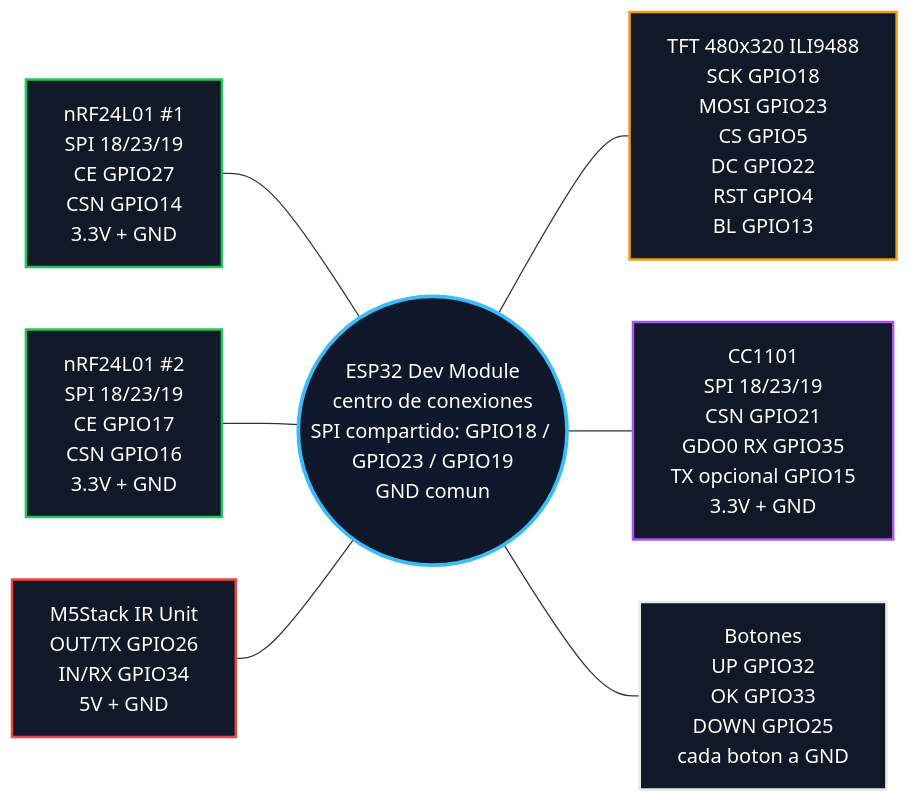
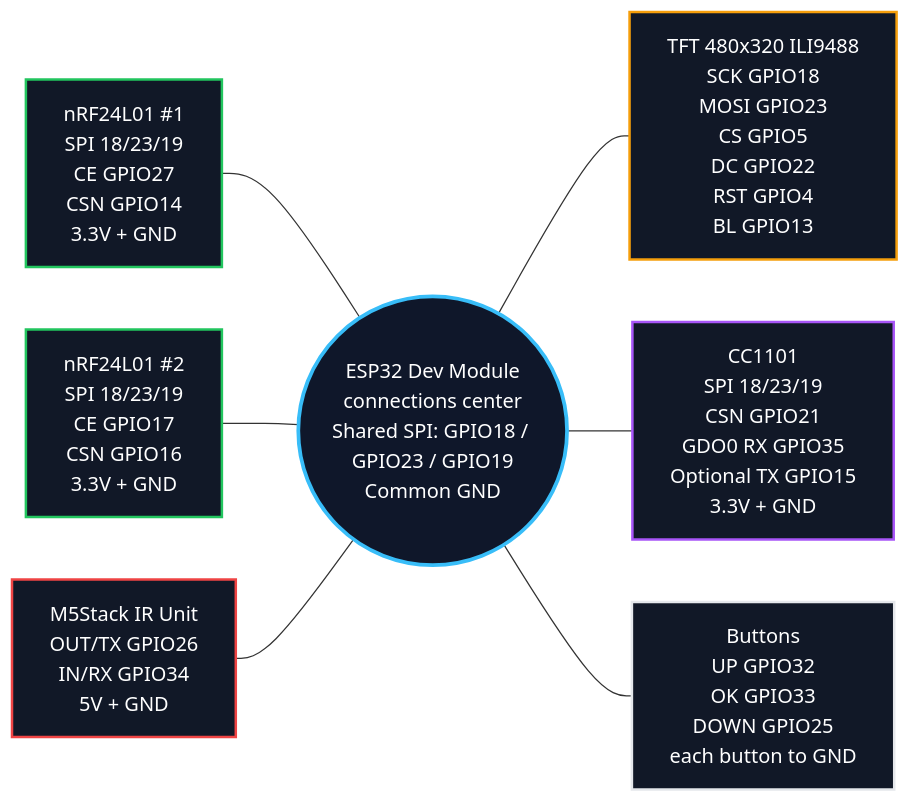
Before and after one commit to mohamed-wadi/ESP32-TOOLS-PRO-480x320-V2.0: the diagram in README.md, drawn with Mermaid. The commit also changed other lines of this file, not shown here.

````diff
--- a/README.md
+++ b/README.md
@@ -373,26 +373,26 @@
 ```mermaid
 flowchart LR
-  ESP(("ESP32 Dev Module<br>centro de conexiones<br>SPI compartido: GPIO18 / GPIO23 / GPIO19<br>GND comun")):::esp
+  ESP(("ESP32 Dev Module<br>connections center<br>Shared SPI: GPIO18 / GPIO23 / GPIO19<br>Common GND")):::esp
 
   NRF1["nRF24L01 #1<br>SPI 18/23/19<br>CE GPIO27<br>CSN GPIO14<br>3.3V + GND"]:::radio
   NRF2["nRF24L01 #2<br>SPI 18/23/19<br>CE GPIO17<br>CSN GPIO16<br>3.3V + GND"]:::radio
   IR["M5Stack IR Unit<br>OUT/TX GPIO26<br>IN/RX GPIO34<br>5V + GND"]:::ir
 
   TFT["TFT 480x320 ILI9488<br>SCK GPIO18<br>MOSI GPIO23<br>CS GPIO5<br>DC GPIO22<br>RST GPIO4<br>BL GPIO13"]:::display
-  CC["CC1101<br>SPI 18/23/19<br>CSN GPIO21<br>GDO0 RX GPIO35<br>TX opcional GPIO15<br>3.3V + GND"]:::cc
-  BTN["Botones<br>UP GPIO32<br>OK GPIO33<br>DOWN GPIO25<br>cada boton a GND"]:::btn
+  CC["CC1101<br>SPI 18/23/19<br>CSN GPIO21<br>GDO0 RX GPIO35<br>Optional TX GPIO15<br>3.3V + GND"]:::cc
+  BTN["Buttons<br>UP GPIO32<br>OK GPIO33<br>DOWN GPIO25<br>each button to GND"]:::btn
 
   NRF1 --- ESP
   NRF2 --- ESP
   IR --- ESP
   ESP --- TFT
   ESP --- CC
   ESP --- BTN
 
   classDef esp fill:#0f172a,stroke:#38bdf8,stroke-width:3px,color:#ffffff;
   classDef display fill:#111827,stroke:#f59e0b,stroke-width:2px,color:#ffffff;
   classDef radio fill:#111827,stroke:#22c55e,stroke-width:2px,color:#ffffff;
   classDef ir fill:#111827,stroke:#ef4444,stroke-width:2px,color:#ffffff;
   classDef cc fill:#111827,stroke:#a855f7,stroke-width:2px,color:#ffffff;
   classDef btn fill:#111827,stroke:#e5e7eb,stroke-width:2px,color:#ffffff;
 ```
````
